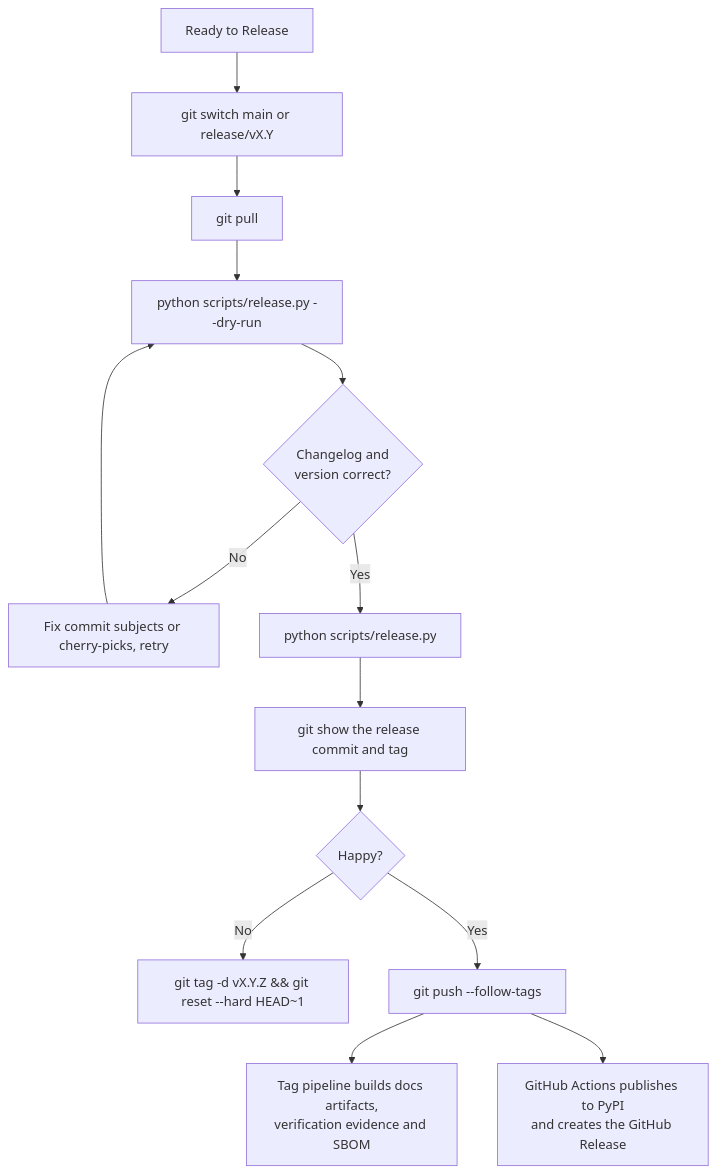
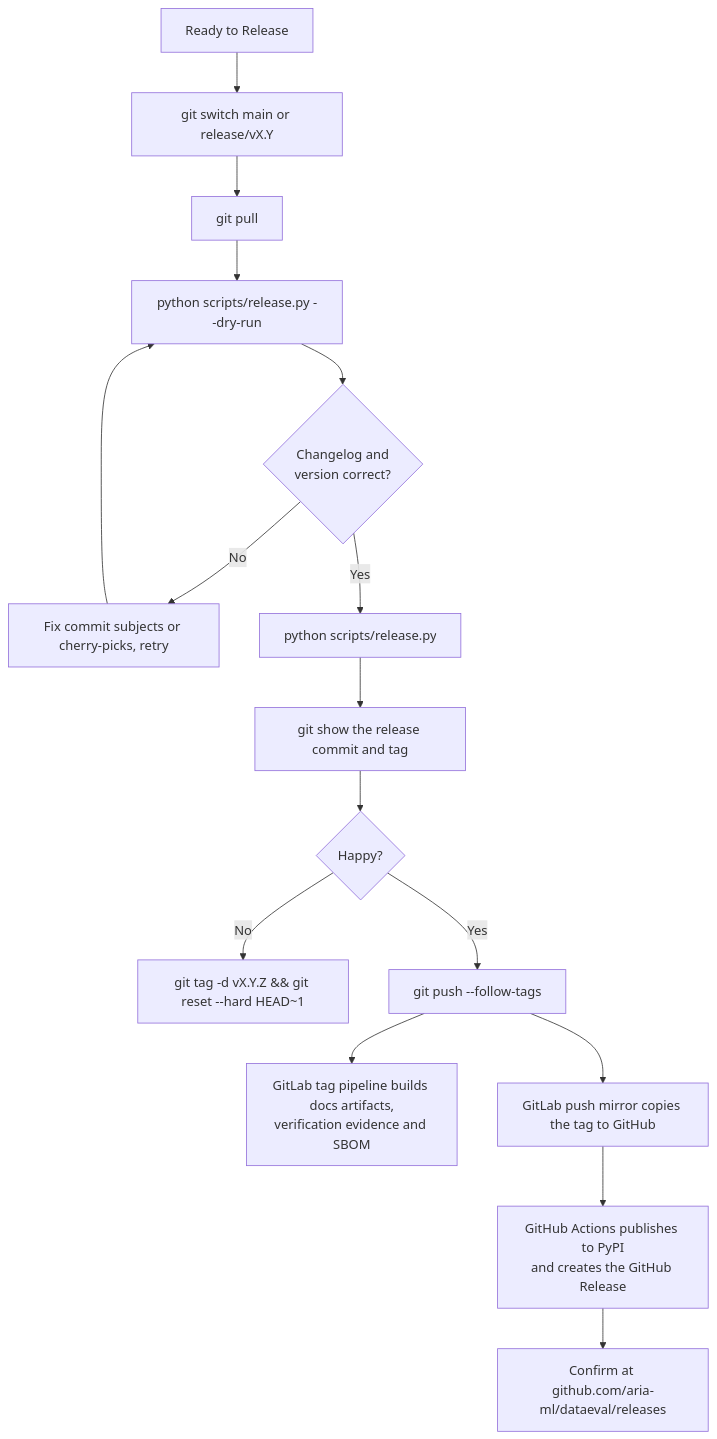
The fifth of 5 diagrams in BRANCHING.md (aria-ml/dataeval), drawn with Mermaid before and after one commit. The commit also changed other lines of this file and 2 other files, not shown here.

Commit message:
[docs] Name the GitHub mirror as the publish path and its misleading status

````diff
--- a/BRANCHING.md
+++ b/BRANCHING.md
@@ -243,16 +270,18 @@
 ```mermaid
 flowchart TD
     A[Ready to Release] --> B[git switch main or release/vX.Y]
     B --> C[git pull]
     C --> D[python scripts/release.py --dry-run]
     D --> E{Changelog and<br/>version correct?}
     E -->|No| F[Fix commit subjects or cherry-picks, retry]
     F --> D
     E -->|Yes| G[python scripts/release.py]
     G --> H[git show the release commit and tag]
     H --> I{Happy?}
     I -->|No| J["git tag -d vX.Y.Z && git reset --hard HEAD~1"]
     I -->|Yes| K[git push --follow-tags]
-    K --> L[Tag pipeline builds docs artifacts,<br/>verification evidence and SBOM]
-    K --> M[GitHub Actions publishes to PyPI<br/>and creates the GitHub Release]
+    K --> L[GitLab tag pipeline builds docs artifacts,<br/>verification evidence and SBOM]
+    K --> M[GitLab push mirror copies the tag to GitHub]
+    M --> N[GitHub Actions publishes to PyPI<br/>and creates the GitHub Release]
+    N --> O[Confirm at github.com/aria-ml/dataeval/releases]
 ```
````
